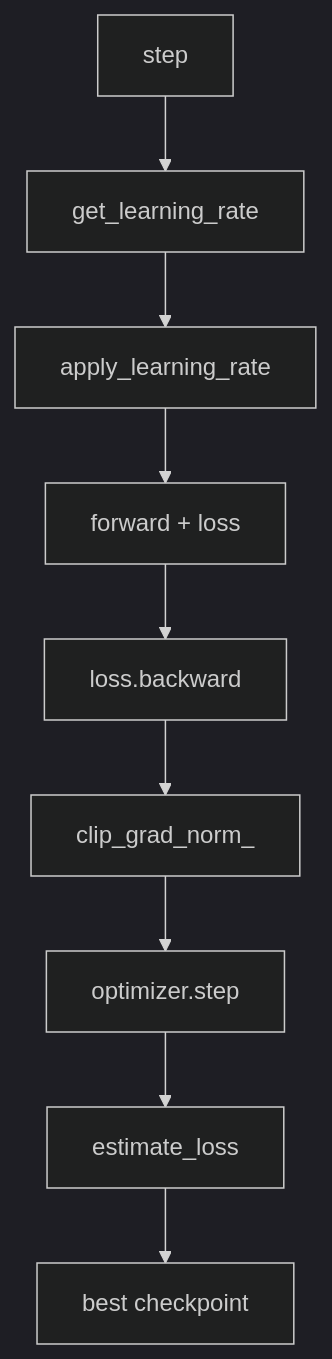
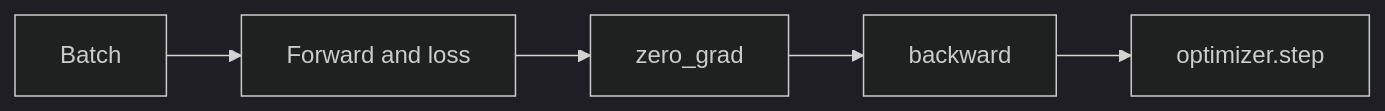
One commit to ferdinandobons/learn-gpt changed the third of 3 diagrams in course_en.md. Above: the diagram before and after it, drawn with Mermaid (dark theme). The commit also changed other lines of this file and 21 other files, not shown here.

````diff
--- a/course_en.md
+++ b/course_en.md
@@ -9250,14 +289,7 @@
 ```mermaid
-flowchart TD
-    A["step"]
-    B["get_learning_rate"]
-    C["apply_learning_rate"]
-    D["forward + loss"]
-    E["loss.backward"]
-    F["clip_grad_norm_"]
-    G["optimizer.step"]
-    H["estimate_loss"]
-    I["best checkpoint"]
-
-    A --> B --> C --> D --> E --> F --> G --> H --> I
+flowchart LR
+    A["Batch"] --> B["Forward and loss"]
+    B --> C["zero_grad"]
+    C --> D["backward"]
+    D --> E["optimizer.step"]
 ```
````
